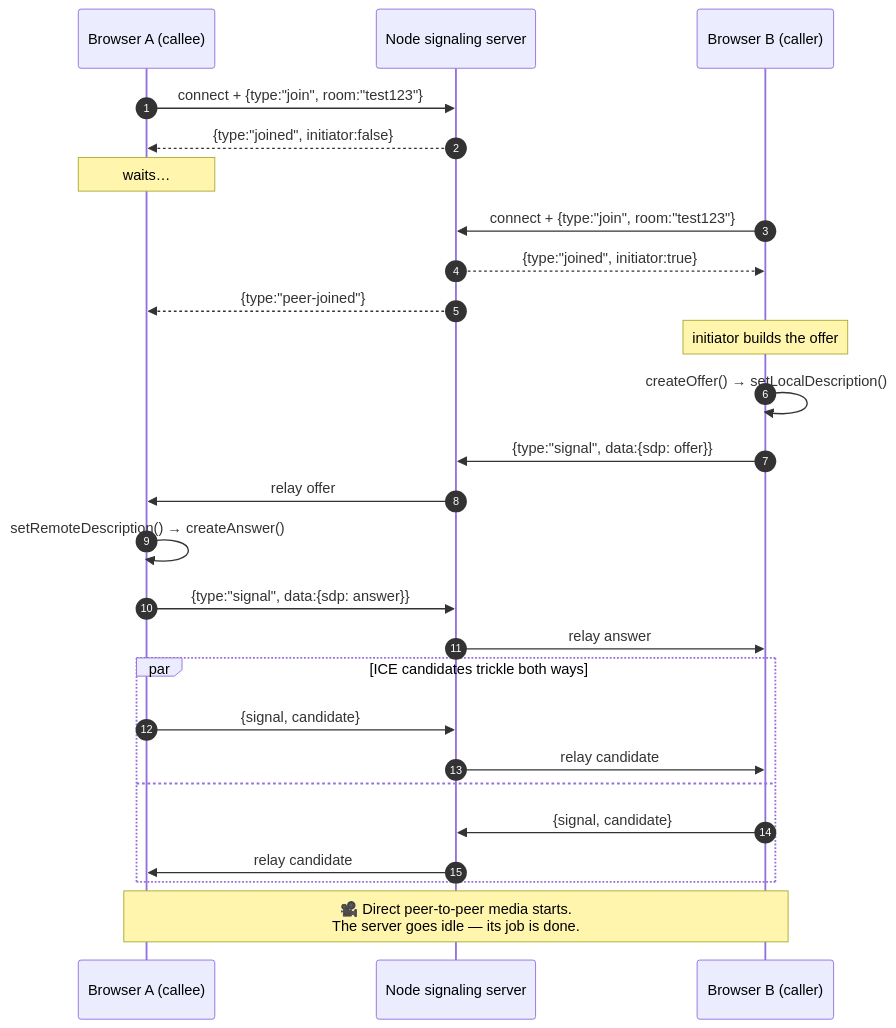
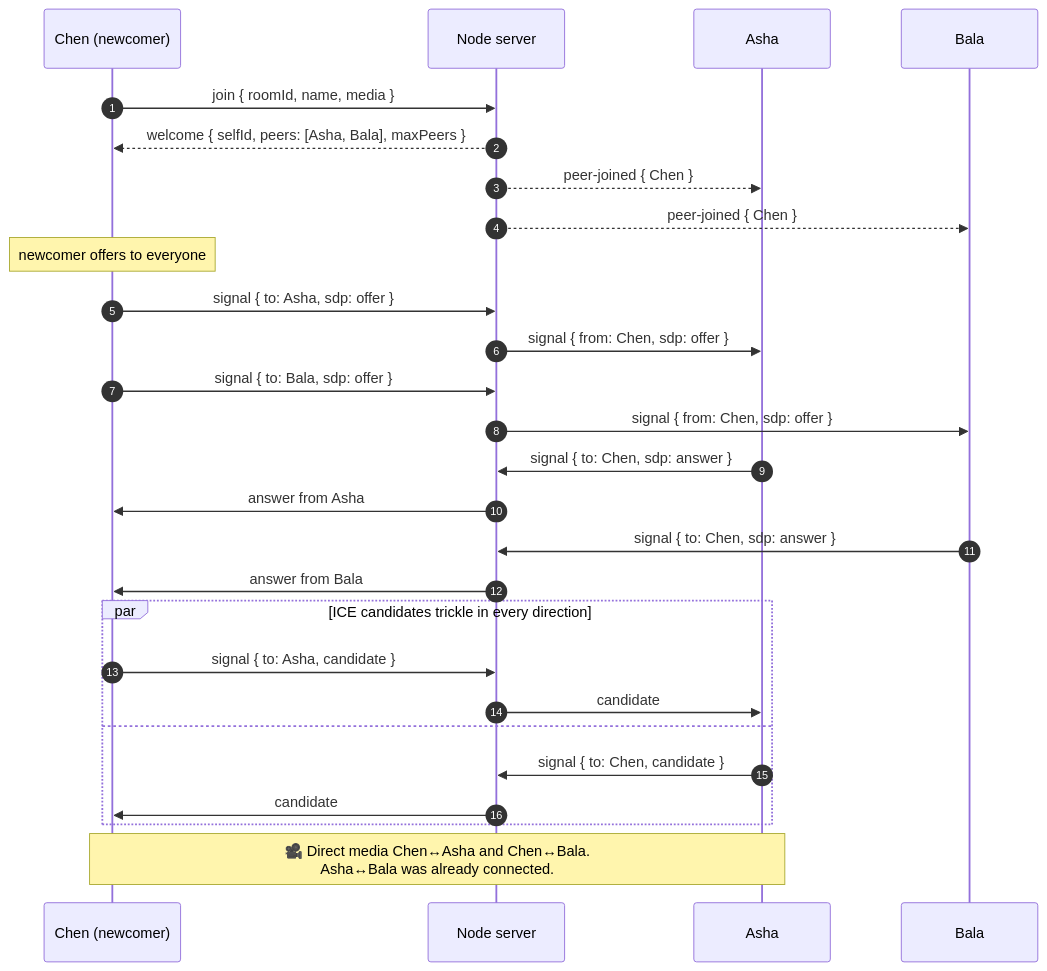
The sixth of 7 diagrams in ARCHITECTURE.md (HarishVerma-UI/video-call-app), drawn with Mermaid before and after one commit. The commit also changed other lines of this file and 57 other files, not shown here.

First line of the commit message:
Build full app: React web, React Native mobile, Node signaling server

````diff
--- a/ARCHITECTURE.md
+++ b/ARCHITECTURE.md
@@ -140,34 +176,34 @@
 ```mermaid
 sequenceDiagram
   autonumber
-  participant A as Browser A (callee)
-  participant S as Node signaling server
-  participant B as Browser B (caller)
+  participant C as Chen (newcomer)
+  participant S as Node server
+  participant A as Asha
+  participant B as Bala
 
-  A->>S: connect + {type:"join", room:"test123"}
-  S-->>A: {type:"joined", initiator:false}
-  Note over A: waits…
+  C->>S: join { roomId, name, media }
+  S-->>C: welcome { selfId, peers: [Asha, Bala], maxPeers }
+  S-->>A: peer-joined { Chen }
+  S-->>B: peer-joined { Chen }
 
-  B->>S: connect + {type:"join", room:"test123"}
-  S-->>B: {type:"joined", initiator:true}
-  S-->>A: {type:"peer-joined"}
+  Note over C: newcomer offers to everyone
+  C->>S: signal { to: Asha, sdp: offer }
+  S->>A: signal { from: Chen, sdp: offer }
+  C->>S: signal { to: Bala, sdp: offer }
+  S->>B: signal { from: Chen, sdp: offer }
 
-  Note over B: initiator builds the offer
-  B->>B: createOffer() → setLocalDescription()
-  B->>S: {type:"signal", data:{sdp: offer}}
-  S->>A: relay offer
+  A->>S: signal { to: Chen, sdp: answer }
+  S->>C: answer from Asha
+  B->>S: signal { to: Chen, sdp: answer }
+  S->>C: answer from Bala
 
-  A->>A: setRemoteDescription() → createAnswer()
-  A->>S: {type:"signal", data:{sdp: answer}}
-  S->>B: relay answer
-
-  par ICE candidates trickle both ways
-    A->>S: {signal, candidate}
-    S->>B: relay candidate
+  par ICE candidates trickle in every direction
+    C->>S: signal { to: Asha, candidate }
+    S->>A: candidate
   and
-    B->>S: {signal, candidate}
-    S->>A: relay candidate
+    A->>S: signal { to: Chen, candidate }
+    S->>C: candidate
   end
 
-  Note over A,B: 🎥 Direct peer-to-peer media starts.<br/>The server goes idle — its job is done.
+  Note over A,C: 🎥 Direct media Chen↔Asha and Chen↔Bala.<br/>Asha↔Bala was already connected.
 ```
````
